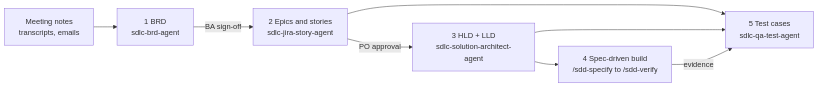
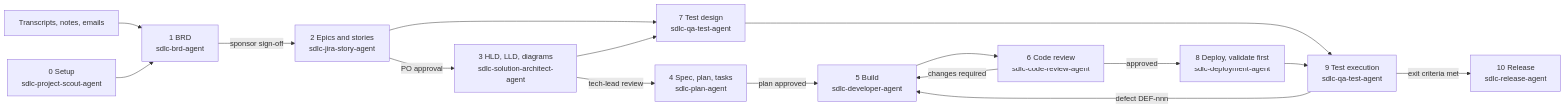
Before and after one commit to nagarroARBsf/Sf-skills-agents: the diagram in .claude/skills/sdlc-workflow/SKILL.md, drawn with Mermaid. The commit also changed other lines of this file and 5983 other files, not shown here.

First line of the commit message:
Claude Code plugin sf-sdlc 2.0 and plugin structure docs

````diff
--- a/.claude/skills/sdlc-workflow/SKILL.md
+++ b/.claude/skills/sdlc-workflow/SKILL.md
@@ -15,10 +14,18 @@
 ```mermaid
 flowchart LR
-    IN["Meeting notes<br/>transcripts, emails"] --> BRD["1 BRD<br/>sdlc-brd-agent"]
-    BRD -->|"BA sign-off"| JIRA["2 Epics and stories<br/>sdlc-jira-story-agent"]
-    JIRA -->|"PO approval"| ARCH["3 HLD + LLD<br/>sdlc-solution-architect-agent"]
-    ARCH --> SDD["4 Spec-driven build<br/>/sdd-specify to /sdd-verify"]
-    JIRA --> QA["5 Test cases<br/>sdlc-qa-test-agent"]
-    ARCH --> QA
-    SDD -->|"evidence"| QA
+    IN["Transcripts, notes, emails"] --> BRD
+    SETUP["0 Setup<br/>sdlc-project-scout-agent"] --> BRD["1 BRD<br/>sdlc-brd-agent"]
+    BRD -->|"sponsor sign-off"| JIRA["2 Epics and stories<br/>sdlc-jira-story-agent"]
+    JIRA -->|"PO approval"| ARCH["3 HLD, LLD, diagrams<br/>sdlc-solution-architect-agent"]
+    ARCH -->|"tech-lead review"| PLAN["4 Spec, plan, tasks<br/>sdlc-plan-agent"]
+    PLAN -->|"plan approved"| DEV["5 Build<br/>sdlc-developer-agent"]
+    DEV --> REV["6 Code review<br/>sdlc-code-review-agent"]
+    REV -->|"changes required"| DEV
+    REV -->|"approved"| DEP["8 Deploy, validate first<br/>sdlc-deployment-agent"]
+    JIRA --> TD["7 Test design<br/>sdlc-qa-test-agent"]
+    ARCH --> TD
+    TD --> QA["9 Test execution<br/>sdlc-qa-test-agent"]
+    DEP --> QA
+    QA -->|"defect DEF-nnn"| DEV
+    QA -->|"exit criteria met"| REL["10 Release<br/>sdlc-release-agent"]
 ```
````
